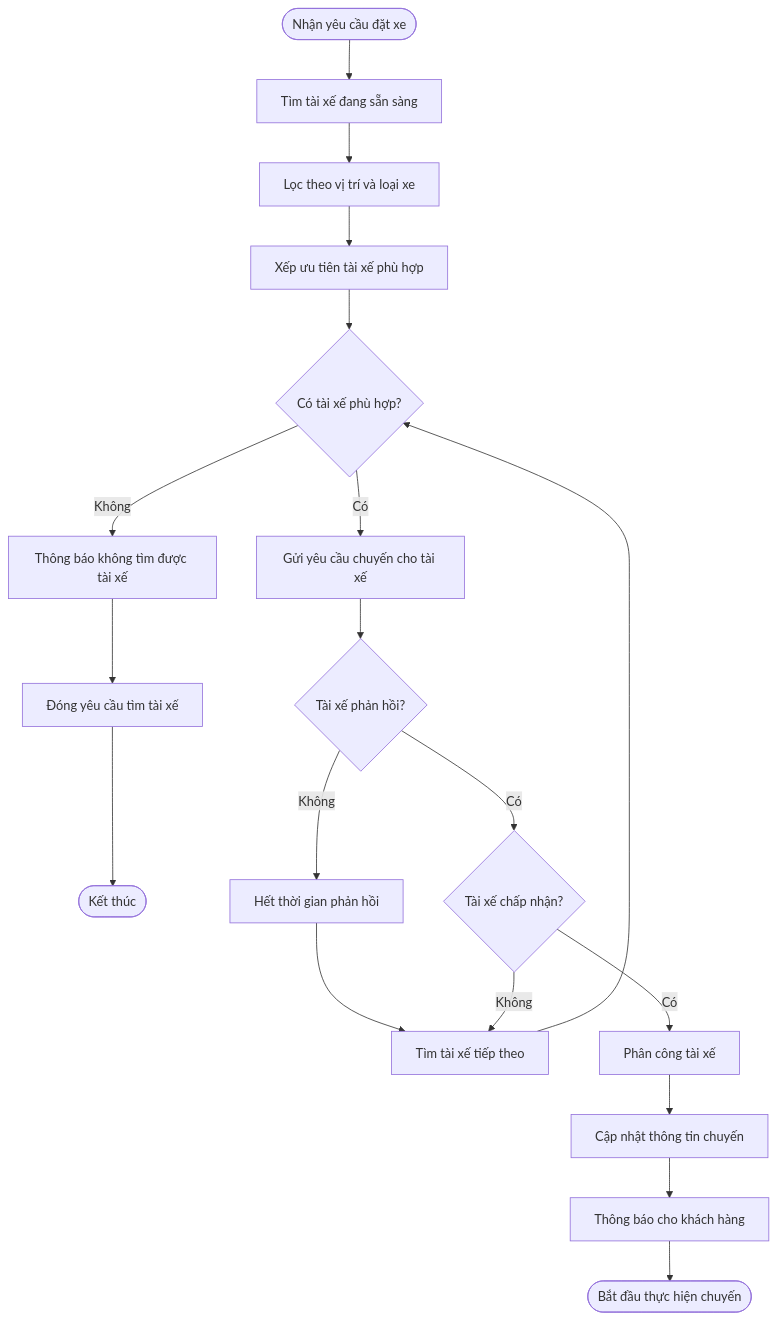
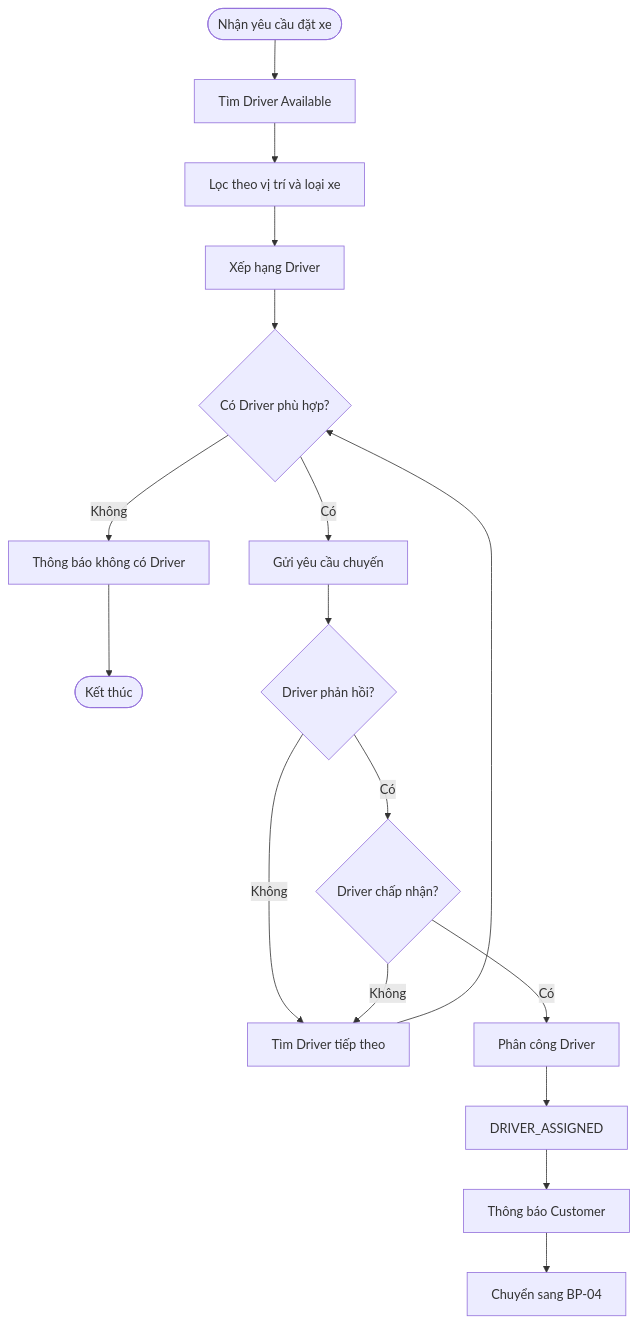
Before and after one commit to ntthuyvy0205-source/23662281_NguyenThiThuyVy_CABSYSTEM: diagram 12 of 28 in SRS.md, drawn with Mermaid. The commit also changed other lines of this file, not shown here.

````diff
--- a/SRS.md
+++ b/SRS.md
@@ -444,26 +1899,24 @@
 ```mermaid
 flowchart TD
-    A([Nhận yêu cầu đặt xe]) --> B[Tìm tài xế đang sẵn sàng]
+    A([Nhận yêu cầu đặt xe]) --> B[Tìm Driver Available]
     B --> C[Lọc theo vị trí và loại xe]
-    C --> D[Xếp ưu tiên tài xế phù hợp]
-    D --> E{Có tài xế phù hợp?}
+    C --> D[Xếp hạng Driver]
+    D --> E{Có Driver phù hợp?}
 
-    E -- Không --> F[Thông báo không tìm được tài xế]
-    F --> G[Đóng yêu cầu tìm tài xế]
-    G --> Z([Kết thúc])
+    E -- Không --> F[Thông báo không có Driver]
+    F --> Z([Kết thúc])
 
-    E -- Có --> H[Gửi yêu cầu chuyến cho tài xế]
-    H --> I{Tài xế phản hồi?}
+    E -- Có --> G[Gửi yêu cầu chuyến]
+    G --> H{Driver phản hồi?}
 
-    I -- Không --> J[Hết thời gian phản hồi]
-    J --> K[Tìm tài xế tiếp theo]
-    K --> E
+    H -- Không --> I[Tìm Driver tiếp theo]
+    I --> E
 
-    I -- Có --> L{Tài xế chấp nhận?}
+    H -- Có --> J{Driver chấp nhận?}
+    J -- Không --> I
 
-    L -- Không --> K
-    L -- Có --> M[Phân công tài xế]
-    M --> N[Cập nhật thông tin chuyến]
-    N --> O[Thông báo cho khách hàng]
-    O --> P([Bắt đầu thực hiện chuyến])
+    J -- Có --> K[Phân công Driver]
+    K --> L[DRIVER_ASSIGNED]
+    L --> M[Thông báo Customer]
+    M --> N[Chuyển sang BP-04]
 ```
````
